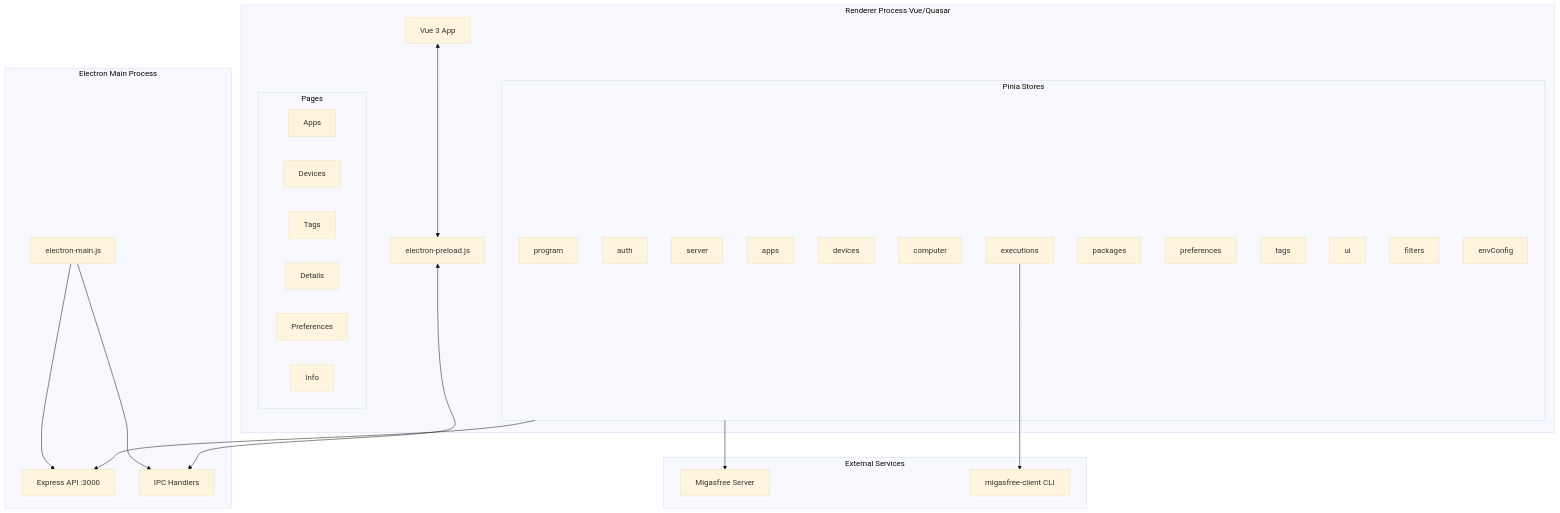
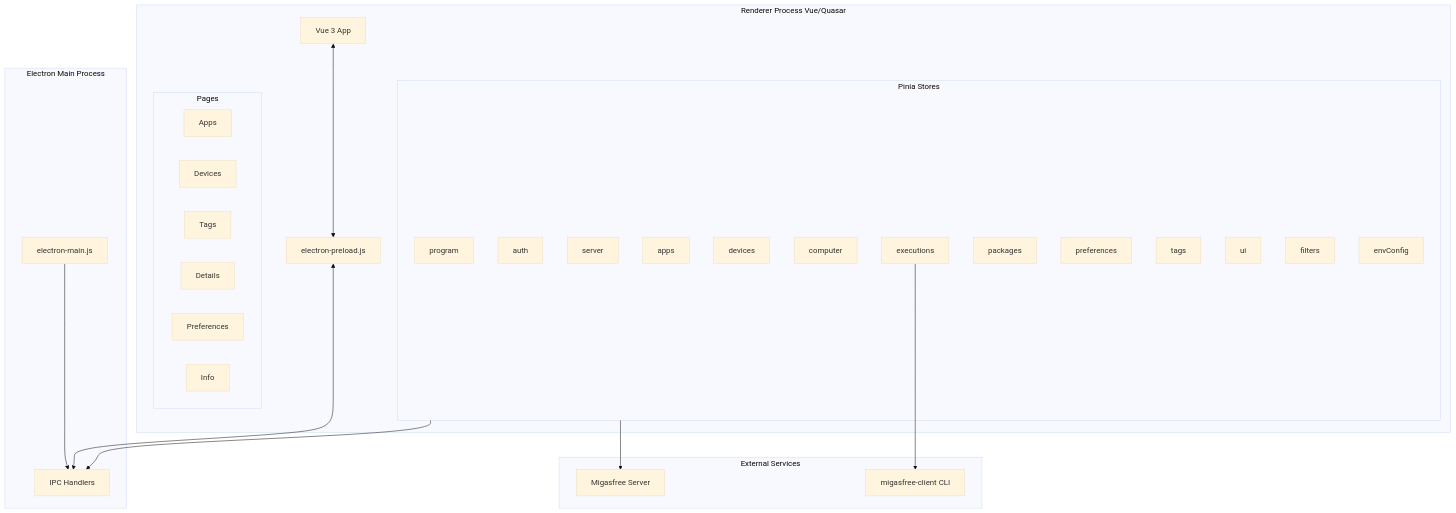
One commit to migasfree/migasfree-play changed the first of 4 diagrams in ARCHITECTURE.md. Above: the diagram before and after it, drawn with Mermaid (base theme). The commit also changed other lines of this file and 2 other files, not shown here.

Commit message:
refactor: express removed

````diff
--- a/ARCHITECTURE.md
+++ b/ARCHITECTURE.md
@@ -23,51 +23,49 @@
 ```mermaid
 flowchart TB
     subgraph Electron["Electron Main Process"]
         EM[electron-main.js]
-        EXPRESS[Express API :3000]
         IPC[IPC Handlers]
     end
 
     subgraph Renderer["Renderer Process Vue/Quasar"]
         PRELOAD[electron-preload.js]
         VUE[Vue 3 App]
 
         subgraph Stores["Pinia Stores"]
             PROGRAM[program]
             AUTH[auth]
             SERVER[server]
             APPS[apps]
             DEVICES[devices]
             COMPUTER[computer]
             EXECUTIONS[executions]
             PACKAGES[packages]
             PREFERENCES[preferences]
             TAGS[tags]
             UI[ui]
             FILTERS[filters]
             ENV[envConfig]
         end
 
         subgraph Pages["Pages"]
             APPS_PAGE[Apps]
             DEVICES_PAGE[Devices]
             TAGS_PAGE[Tags]
             DETAILS_PAGE[Details]
             PREFS_PAGE[Preferences]
             INFO_PAGE[Info]
         end
     end
 
     subgraph External["External Services"]
         MIGASFREE[Migasfree Server]
         CLIENT[migasfree-client CLI]
     end
 
-    EM --> EXPRESS
     EM --> IPC
     VUE <--> PRELOAD
     PRELOAD <--> IPC
-    Stores --> EXPRESS
+    Stores --> IPC
     Stores --> MIGASFREE
     EXECUTIONS --> CLIENT
 ```
````
